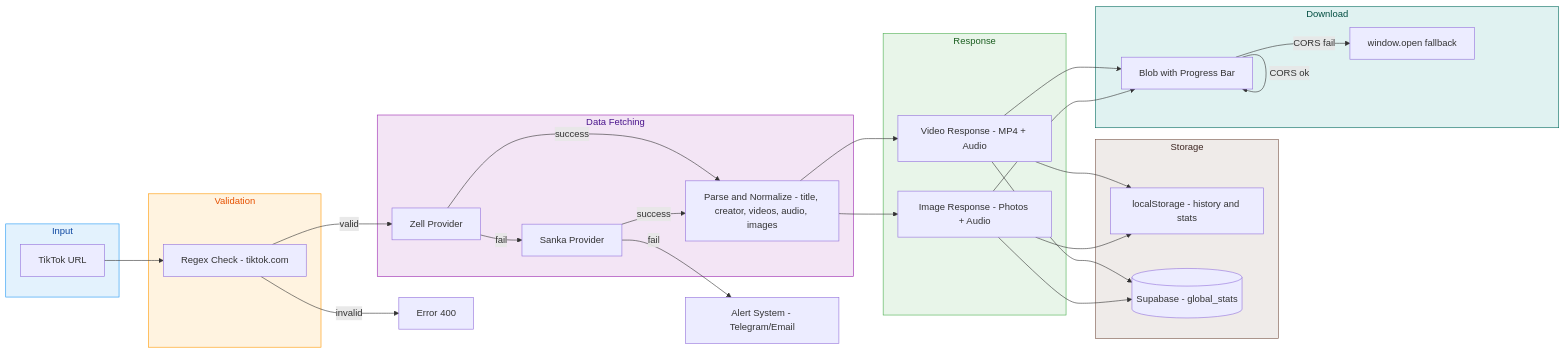
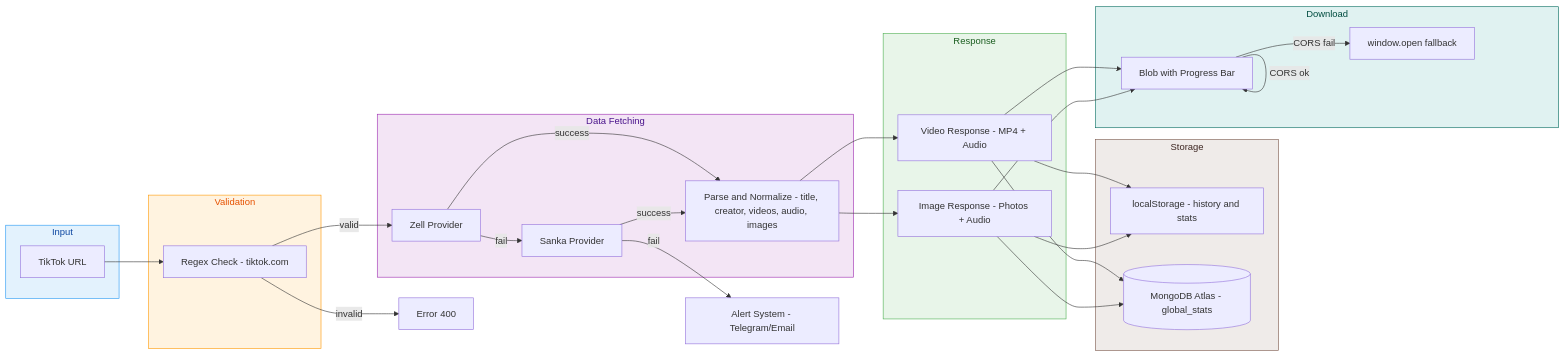
One commit to jundy779/FusionTik changed the fourth of 6 diagrams in README.md. Above: the diagram before and after it, drawn with Mermaid. The commit also changed other lines of this file and 11 other files, not shown here.

First line of the commit message:
Migrate global download counter from Supabase to MongoDB Atlas.

````diff
--- a/README.md
+++ b/README.md
@@ -224,56 +224,56 @@
 ```mermaid
 flowchart LR
     subgraph INPUT["Input"]
         URL["TikTok URL"]
     end
 
     subgraph VALIDATION["Validation"]
         REGEX["Regex Check - tiktok.com"]
     end
 
     subgraph FETCH["Data Fetching"]
         Z["Zell Provider"]
         S["Sanka Provider"]
         PARSE["Parse and Normalize - title, creator, videos, audio, images"]
     end
 
     subgraph RESPONSE["Response"]
         VIDEO["Video Response - MP4 + Audio"]
         IMAGE["Image Response - Photos + Audio"]
     end
 
     subgraph STORAGE["Storage"]
         LS["localStorage - history and stats"]
-        DB[("Supabase - global_stats")]
+        DB[("MongoDB Atlas - global_stats")]
     end
 
     subgraph DOWNLOAD["Download"]
         BLOB["Blob with Progress Bar"]
         OPEN["window.open fallback"]
     end
 
     URL --> REGEX
     REGEX -->|valid| Z
     REGEX -->|invalid| ERR["Error 400"]
     Z -->|success| PARSE
     Z -->|fail| S
     S -->|success| PARSE
     S -->|fail| ALERT["Alert System - Telegram/Email"]
     PARSE --> VIDEO
     PARSE --> IMAGE
     VIDEO --> LS
     IMAGE --> LS
     VIDEO --> DB
     IMAGE --> DB
     VIDEO --> BLOB
     IMAGE --> BLOB
     BLOB -->|CORS ok| BLOB
     BLOB -->|CORS fail| OPEN
 
     style INPUT fill:#e3f2fd,stroke:#2196f3,color:#0d47a1
     style VALIDATION fill:#fff3e0,stroke:#ff9800,color:#e65100
     style FETCH fill:#f3e5f5,stroke:#9c27b0,color:#4a148c
     style RESPONSE fill:#e8f5e9,stroke:#4caf50,color:#1b5e20
     style STORAGE fill:#efebe9,stroke:#795548,color:#3e2723
     style DOWNLOAD fill:#e0f2f1,stroke:#00695c,color:#004d40
 ```
````
